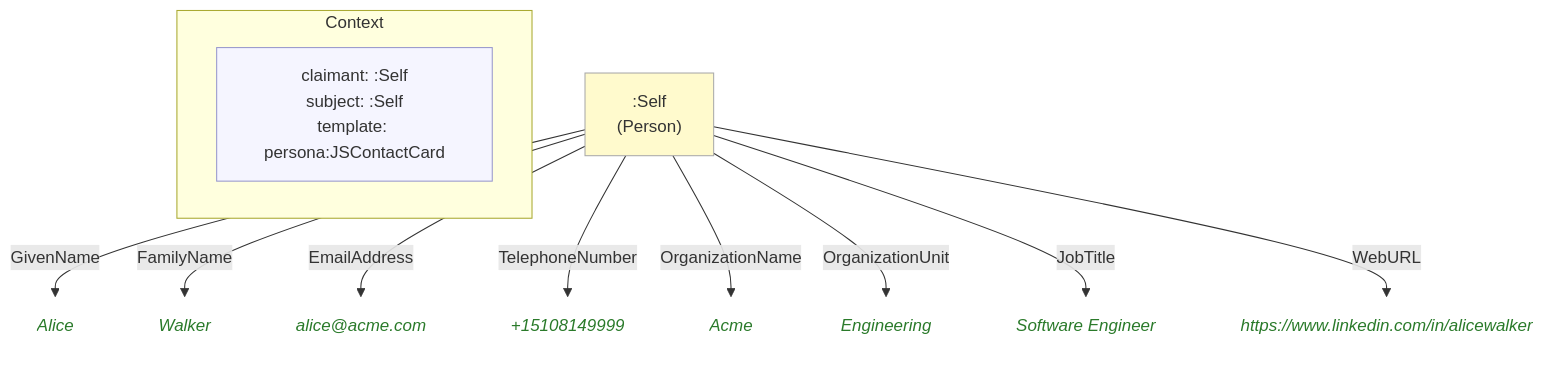
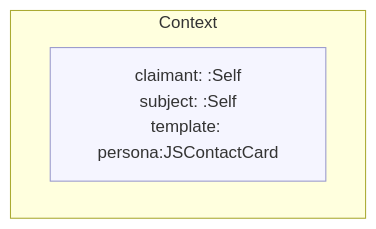
Before and after one commit to MeeFoundation/mia-ontologies: the diagram in example/contexts/images/self.self(alice-walker)(acme)(10).mmd, drawn with Mermaid. The commit also changed 62 other files, not shown here.

```diff
--- a/example/contexts/images/self.self(alice-walker)(acme)(10).mmd
+++ b/example/contexts/images/self.self(alice-walker)(acme)(10).mmd
@@ -1,30 +1,11 @@
 flowchart TD
     classDef person fill:#fffacd,stroke:#aaa,color:#333
     classDef grp    fill:#d4edda,stroke:#aaa,color:#333
     classDef org    fill:#cce5ff,stroke:#aaa,color:#333
     classDef lit    fill:none,stroke:none,font-style:italic,color:#2a7a2a
     classDef meta   fill:#f5f5ff,stroke:#9999cc,color:#333
 
     subgraph ctx["Context"]
         direction LR
         ctx_meta["claimant: :Self\nsubject: :Self\ntemplate: persona:JSContactCard"]:::meta
     end
-
-    ne0c3ba92f1db[":Self\n(Person)"]:::person
-    n40d2c331d4fa("Alice"):::lit
-    n9bf4704d10a9("Walker"):::lit
-    n8d789c3e126b("alice@acme.com"):::lit
-    nc7ad48ca845b("+15108149999"):::lit
-    n52f5640c6ced("Acme"):::lit
-    nc16d7d8cdfc6("Engineering"):::lit
-    neaf48d0f40f7("Software Engineer"):::lit
-    naf178e561d29("https://www.linkedin.com/in/alicewalker"):::lit
-
-    ne0c3ba92f1db -->|"GivenName"| n40d2c331d4fa
-    ne0c3ba92f1db -->|"FamilyName"| n9bf4704d10a9
-    ne0c3ba92f1db -->|"EmailAddress"| n8d789c3e126b
-    ne0c3ba92f1db -->|"TelephoneNumber"| nc7ad48ca845b
-    ne0c3ba92f1db -->|"OrganizationName"| n52f5640c6ced
-    ne0c3ba92f1db -->|"OrganizationUnit"| nc16d7d8cdfc6
-    ne0c3ba92f1db -->|"JobTitle"| neaf48d0f40f7
-    ne0c3ba92f1db -->|"WebURL"| naf178e561d29
```
